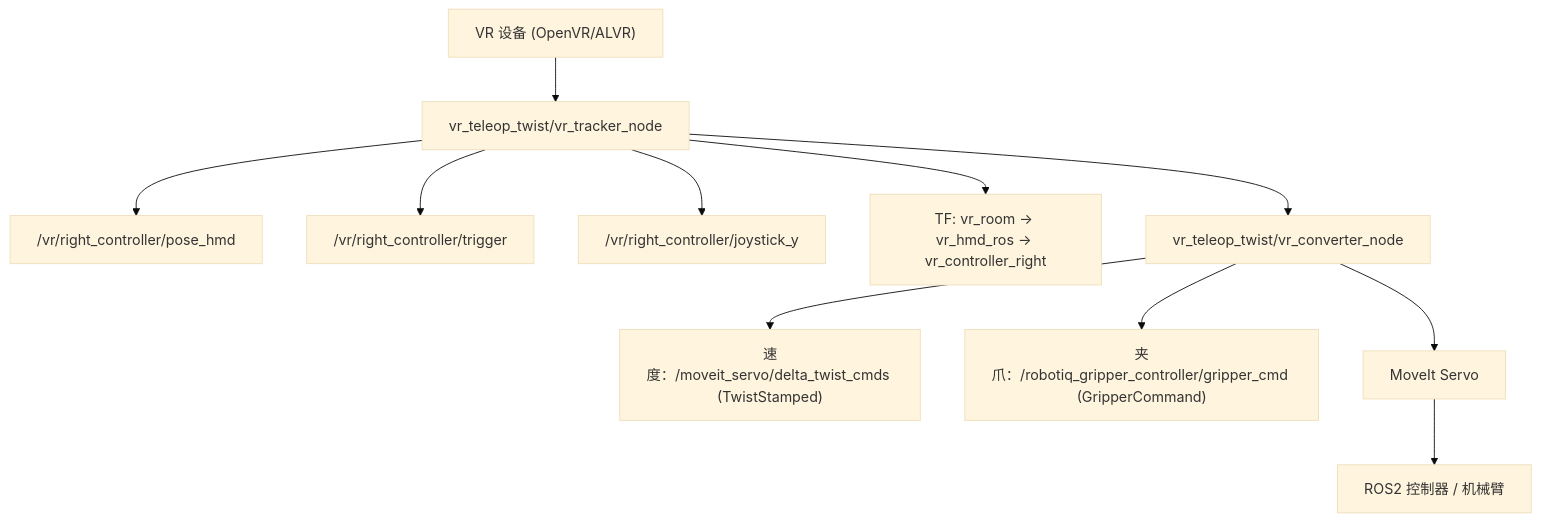
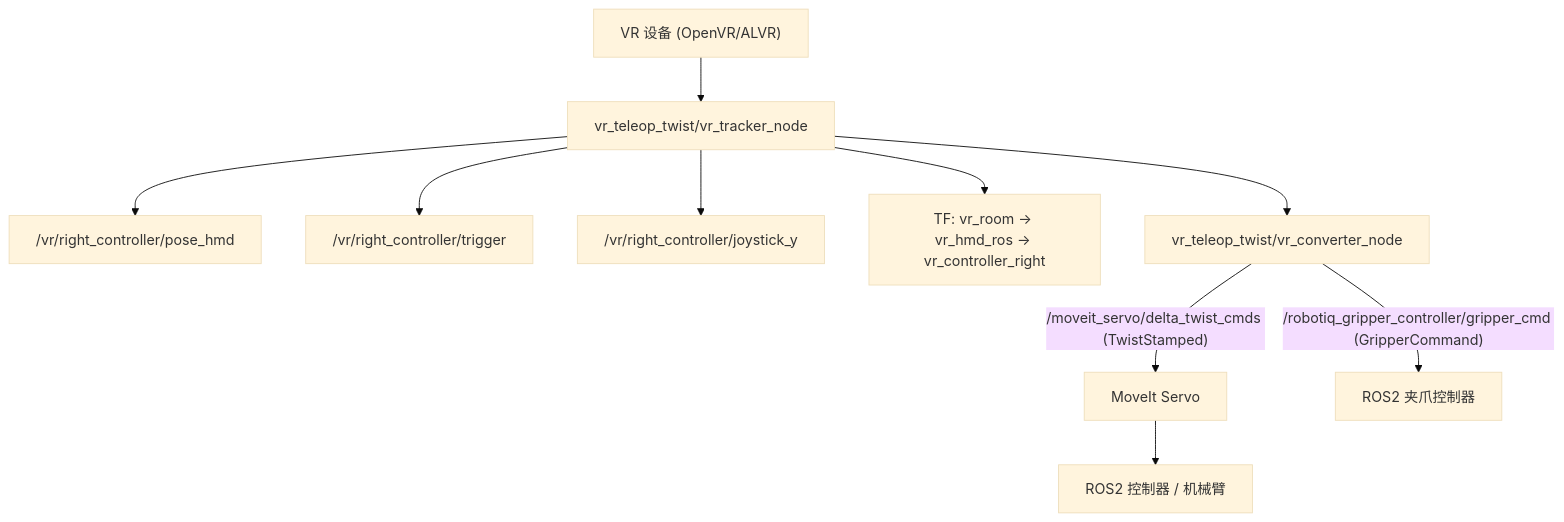
The first of 2 diagrams in README.md (Daisywait/VR_teleop), drawn with Mermaid (base theme) before and after one commit. The commit also changed other lines of this file, not shown here.

Commit message:
修改链路图逻辑

````diff
--- a/README.md
+++ b/README.md
@@ -78,13 +78,12 @@
 ```mermaid
 flowchart TD
   A["VR 设备 (OpenVR/ALVR)"] --> B["vr_teleop_twist/vr_tracker_node"]
   B --> B1["/vr/right_controller/pose_hmd"]
   B --> B2["/vr/right_controller/trigger"]
   B --> B3["/vr/right_controller/joystick_y"]
   B --> B4["TF: vr_room -> vr_hmd_ros -> vr_controller_right"]
   B --> C["vr_teleop_twist/vr_converter_node"]
-  C --> C1["速度：/moveit_servo/delta_twist_cmds (TwistStamped)"]
-  C --> C2["夹爪：/robotiq_gripper_controller/gripper_cmd (GripperCommand)"]
-  C --> D["MoveIt Servo"]
-  D --> E["ROS2 控制器 / 机械臂"]
+  C -->|"/moveit_servo/delta_twist_cmds (TwistStamped)"| D["MoveIt Servo"]
+  C -->|"/robotiq_gripper_controller/gripper_cmd (GripperCommand)"| E["ROS2 夹爪控制器"]
+  D --> F["ROS2 控制器 / 机械臂"]
 ```
````
